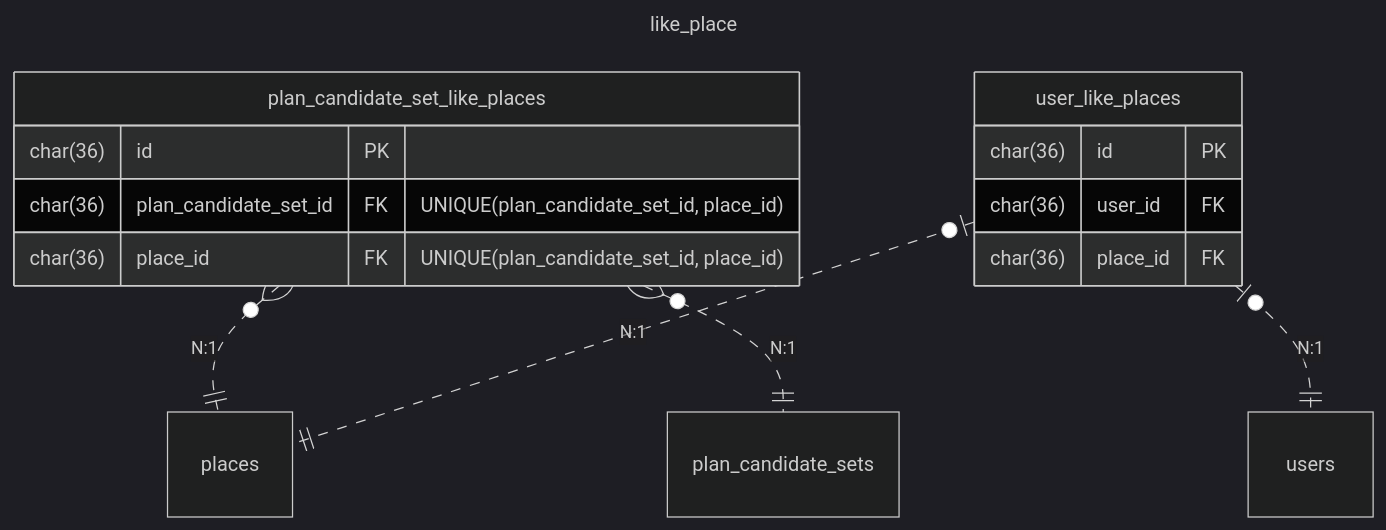
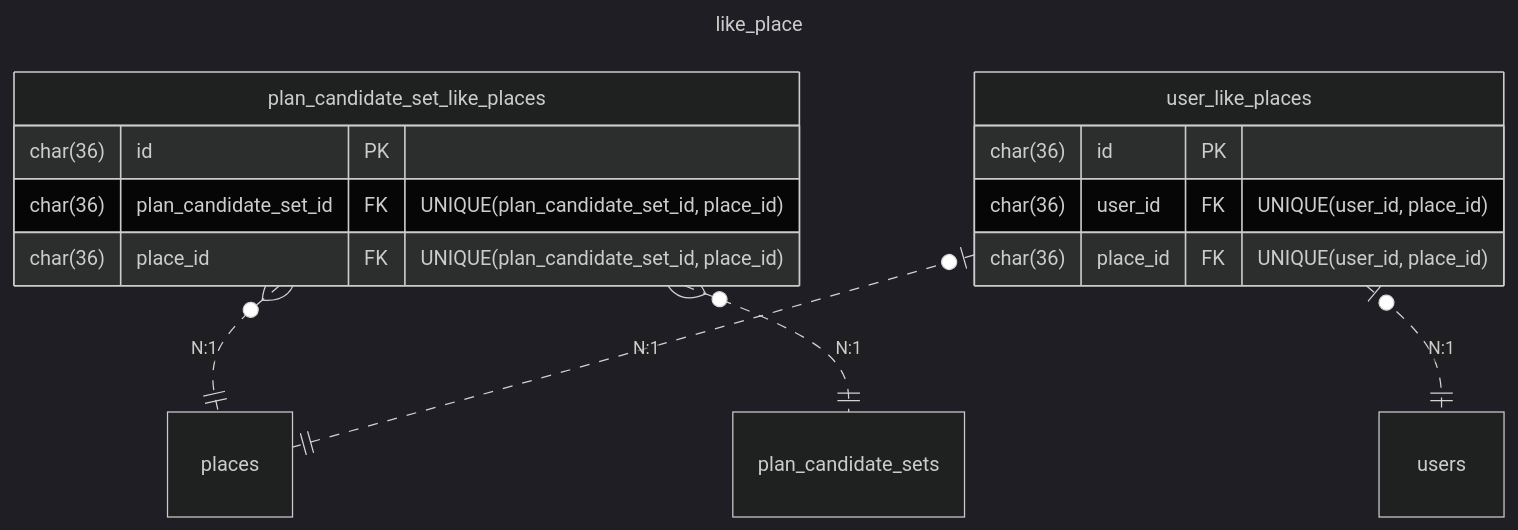
Before and after one commit to poroto-app/planner: the sixth of 6 diagrams in doc/database/er.md, drawn with Mermaid (dark theme). The commit also changed 1 other file, not shown here.

Commit message:
feat(db): UNIQUE制約を付与

````diff
--- a/doc/database/er.md
+++ b/doc/database/er.md
@@ -212,22 +212,22 @@
 ```mermaid
 ---
 title: like_place
 ---
 erDiagram
     plan_candidate_set_like_places {
         char(36) id PK
         char(36) plan_candidate_set_id FK "UNIQUE(plan_candidate_set_id, place_id)"
         char(36) place_id FK "UNIQUE(plan_candidate_set_id, place_id)"
     }
     
     user_like_places {
         char(36) id PK
-        char(36) user_id FK
-        char(36) place_id FK
+        char(36) user_id FK "UNIQUE(user_id, place_id)"
+        char(36) place_id FK "UNIQUE(user_id, place_id)"
     }
 
     plan_candidate_set_like_places }o..|| places: "N:1"
     plan_candidate_set_like_places }o..|| plan_candidate_sets: "N:1"
     user_like_places o|..|| places: "N:1"
     user_like_places o|..|| users: "N:1"
 ```
````
